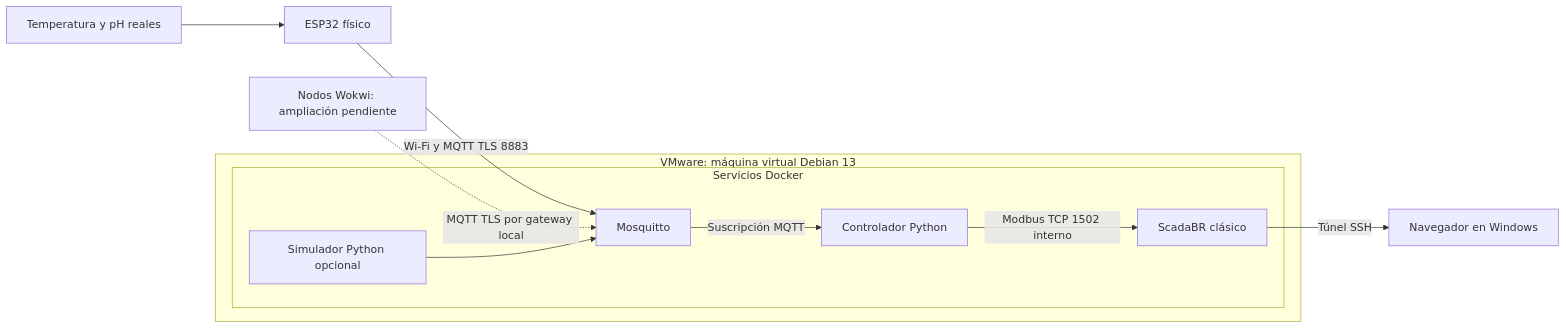
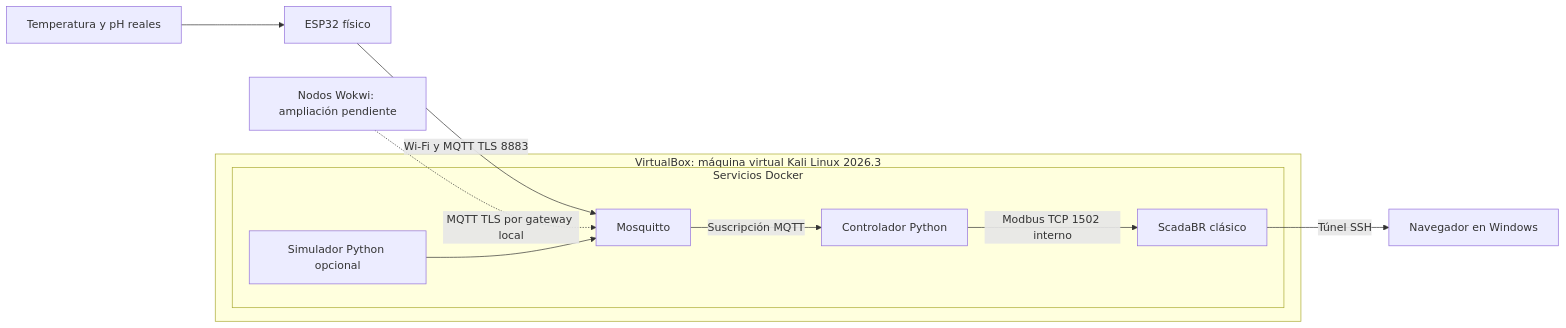
The diagram in README.md (juandf03/Ciberfisicos_Project), drawn with Mermaid before and after one commit. The commit also changed other lines of this file and 11 other files, not shown here.

Commit message:
Document Kali Linux 2026.3 deployment on VirtualBox

````diff
--- a/README.md
+++ b/README.md
@@ -20,14 +21,14 @@
 ```mermaid
 flowchart LR
   Sensors[Temperatura y pH reales] --> Real[ESP32 físico]
   Real -->|Wi-Fi y MQTT TLS 8883| Broker
   Wokwi[Nodos Wokwi: ampliación pendiente] -. MQTT TLS por gateway local .-> Broker
-  subgraph VM[VMware: máquina virtual Debian 13]
+  subgraph VM[VirtualBox: máquina virtual Kali Linux 2026.3]
     subgraph Docker[Servicios Docker]
       Broker[Mosquitto] -->|Suscripción MQTT| Controller[Controlador Python]
       Controller -->|Modbus TCP 1502 interno| Scada[ScadaBR clásico]
       Simulator[Simulador Python opcional] --> Broker
     end
   end
   Scada -->|Túnel SSH| Browser[Navegador en Windows]
 ```
````
